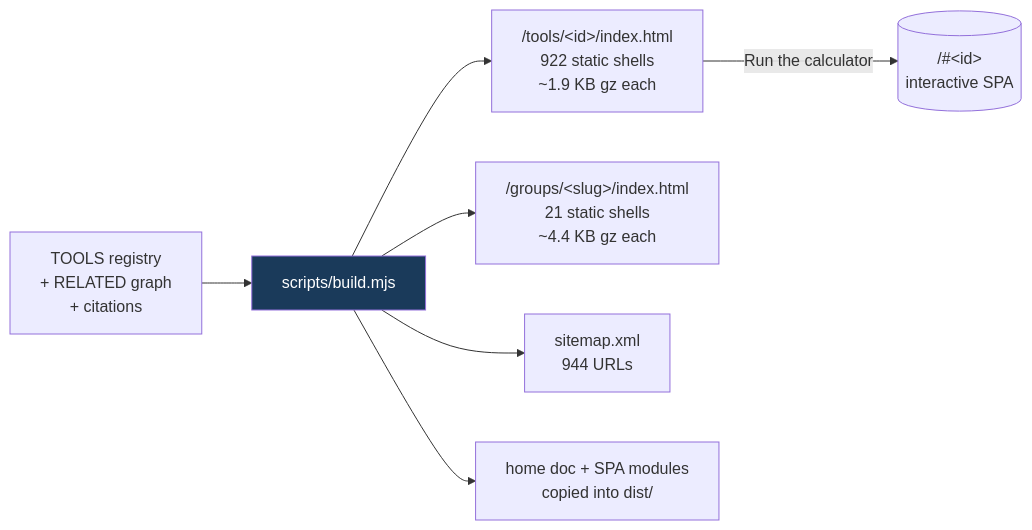
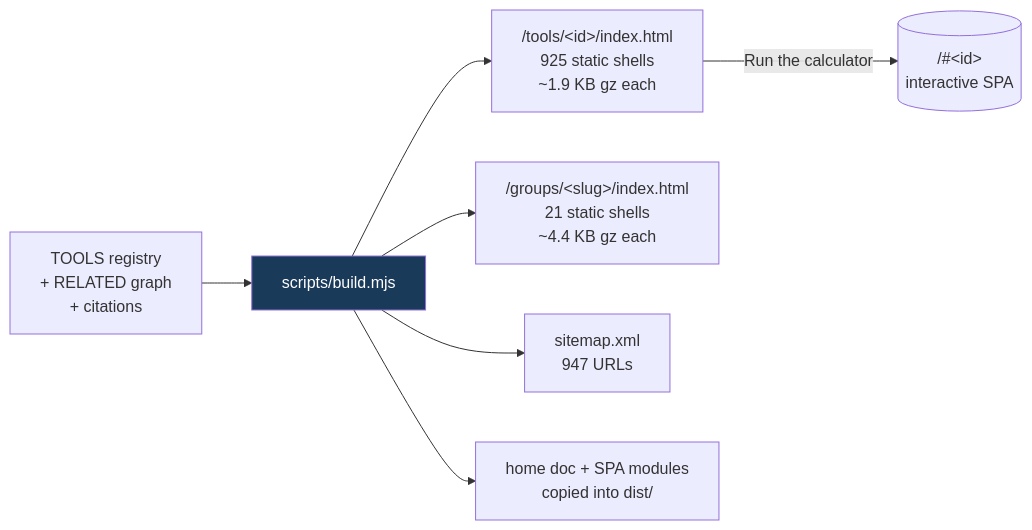
Before and after one commit to clay-good/roughlogic.com: the fifth of 8 diagrams in README.md, drawn with Mermaid. The commit also changed other lines of this file and 18 other files, not shown here.

````diff
--- a/README.md
+++ b/README.md
@@ -495,10 +495,10 @@
 ```mermaid
 flowchart LR
     SRC[TOOLS registry\n+ RELATED graph\n+ citations] --> BUILD[scripts/build.mjs]
-    BUILD --> TILE["/tools/&lt;id&gt;/index.html\n922 static shells\n~1.9 KB gz each"]
+    BUILD --> TILE["/tools/&lt;id&gt;/index.html\n925 static shells\n~1.9 KB gz each"]
     BUILD --> GROUP["/groups/&lt;slug&gt;/index.html\n21 static shells\n~4.4 KB gz each"]
-    BUILD --> MAP["sitemap.xml\n944 URLs"]
+    BUILD --> MAP["sitemap.xml\n947 URLs"]
     BUILD --> COPY[home doc + SPA modules\ncopied into dist/]
     TILE -->|Run the calculator| SPA[("/#&lt;id&gt;\ninteractive SPA")]
     style BUILD fill:#1a3a5a,color:#fff
 ```
````
